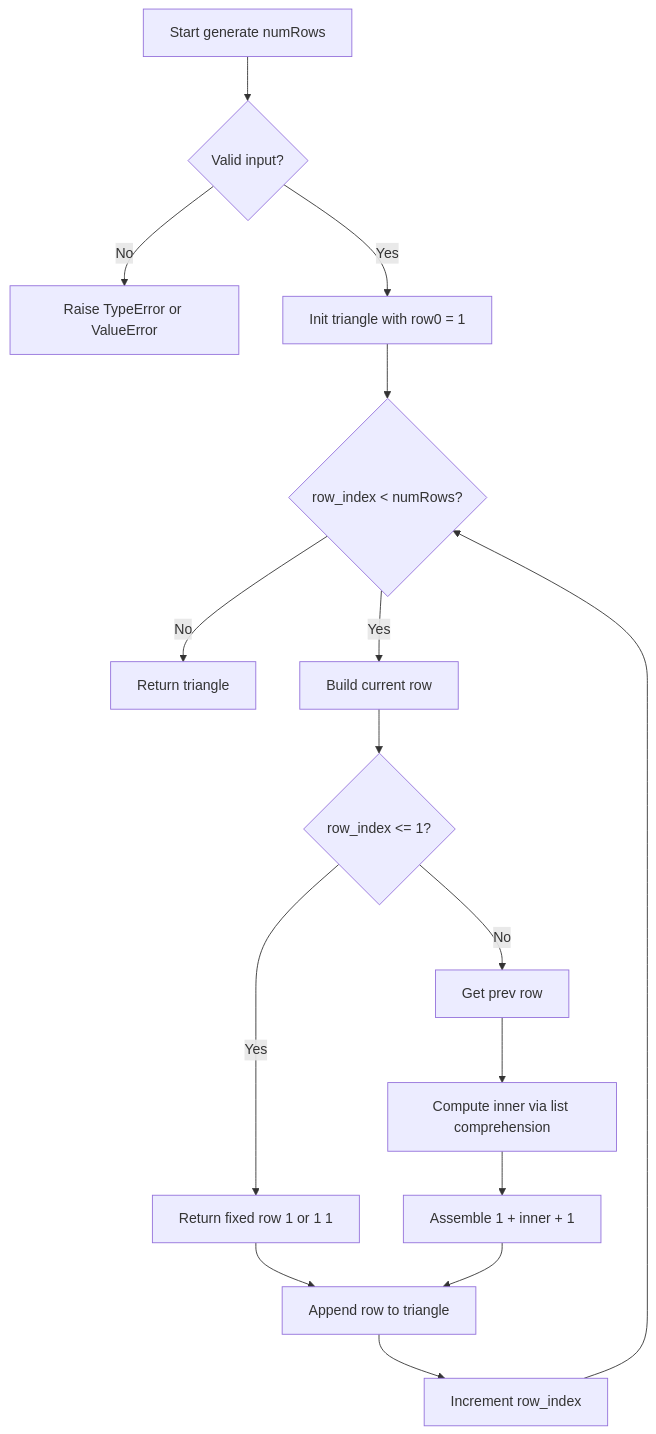
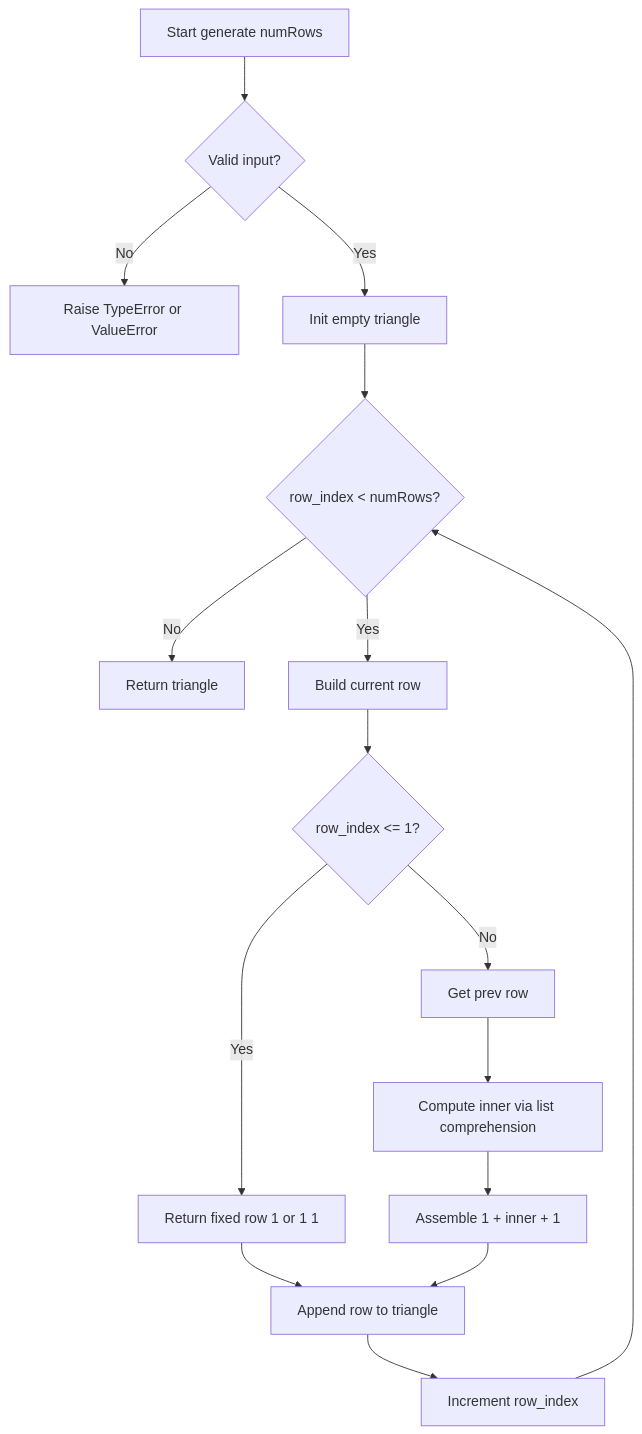
Before and after one commit to myoshi2891/Algorithm-DataStructures-Math-SQL: the first of 2 diagrams in Algorithm/Other/leetcode/118. Pascal's Triangle/claude sonnet 4.6 adaptive/README.md, drawn with Mermaid. The commit also changed other lines of this file and 4 other files, not shown here.

````diff
--- a/Algorithm/Other/leetcode/118. Pascal's Triangle/claude sonnet 4.6 adaptive/README.md
+++ b/Algorithm/Other/leetcode/118. Pascal's Triangle/claude sonnet 4.6 adaptive/README.md
@@ -95,19 +95,19 @@
 ```mermaid
 flowchart TD
   Start[Start generate numRows]
   Start --> Validate{Valid input?}
   Validate -- No --> Err[Raise TypeError or ValueError]
-  Validate -- Yes --> Init[Init triangle with row0 = 1]
+  Validate -- Yes --> Init[Init empty triangle]
   Init --> Loop{row_index &lt; numRows?}
   Loop -- No --> Return[Return triangle]
   Loop -- Yes --> BuildRow[Build current row]
   BuildRow --> IsSmall{row_index &lt;= 1?}
   IsSmall -- Yes --> Fixed[Return fixed row 1 or 1 1]
   IsSmall -- No --> Prev[Get prev row]
   Prev --> Inner[Compute inner via list comprehension]
   Inner --> Assemble[Assemble 1 + inner + 1]
   Fixed --> Append[Append row to triangle]
   Assemble --> Append
   Append --> Increment[Increment row_index]
   Increment --> Loop
 ```
````
